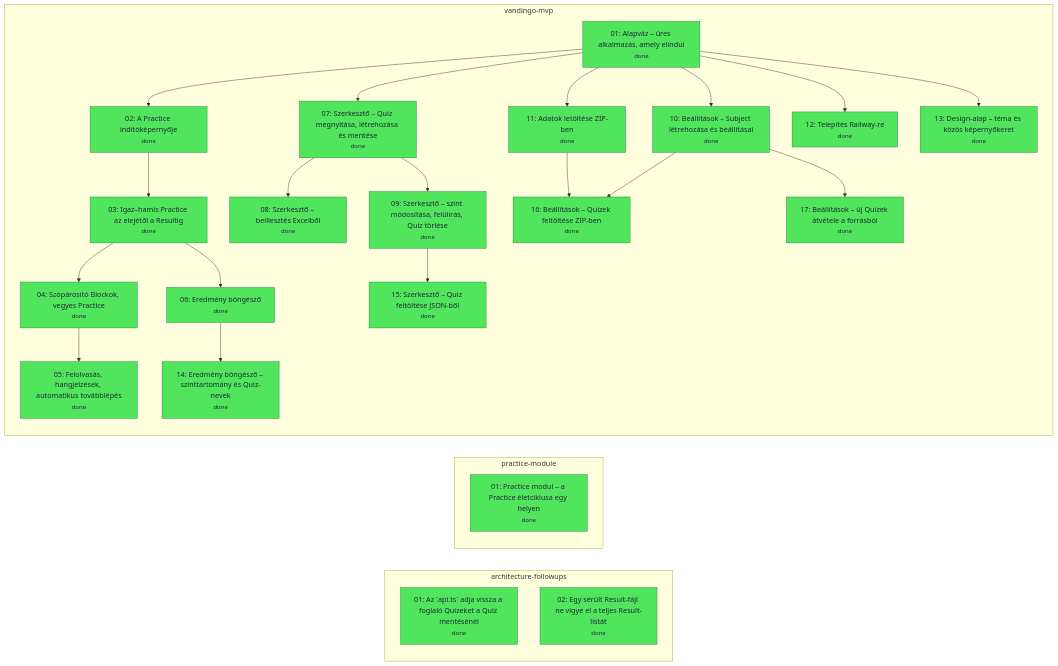
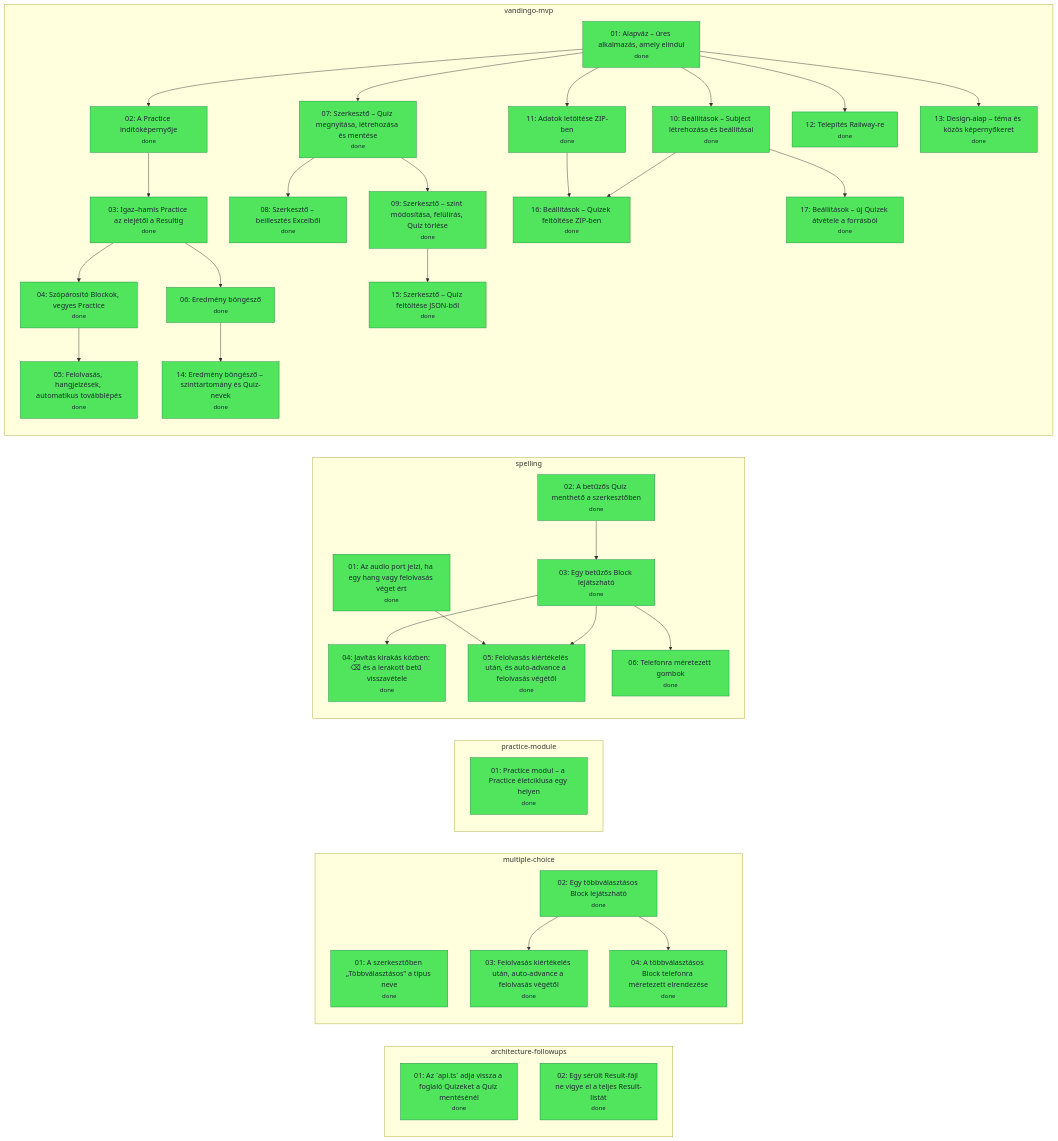
The diagram in .scratch/tickets.mmd (nagyandor76/Vandingo), drawn with Mermaid before and after one commit. The commit also changed 6 other files, not shown here.

```diff
--- a/.scratch/tickets.mmd
+++ b/.scratch/tickets.mmd
@@ -1,50 +1,71 @@
 flowchart LR
   subgraph architecture_followups_feature["architecture-followups"]
     architecture_followups_1["01: Az `api.ts` adja vissza a foglaló Quizeket a Quiz mentésénél<br/><small>done</small>"]:::done
     architecture_followups_2["02: Egy sérült Result-fájl ne vigye el a teljes Result-listát<br/><small>done</small>"]:::done
   end
+  subgraph multiple_choice_feature["multiple-choice"]
+    multiple_choice_1["01: A szerkesztőben „Többválasztásos” a típus neve<br/><small>done</small>"]:::done
+    multiple_choice_2["02: Egy többválasztásos Block lejátszható<br/><small>done</small>"]:::done
+    multiple_choice_3["03: Felolvasás kiértékelés után, auto-advance a felolvasás végétől<br/><small>done</small>"]:::done
+    multiple_choice_4["04: A többválasztásos Block telefonra méretezett elrendezése<br/><small>done</small>"]:::done
+  end
   subgraph practice_module_feature["practice-module"]
     practice_module_1["01: Practice modul – a Practice életciklusa egy helyen<br/><small>done</small>"]:::done
+  end
+  subgraph spelling_feature["spelling"]
+    spelling_1["01: Az audio port jelzi, ha egy hang vagy felolvasás véget ért<br/><small>done</small>"]:::done
+    spelling_2["02: A betűzős Quiz menthető a szerkesztőben<br/><small>done</small>"]:::done
+    spelling_3["03: Egy betűzős Block lejátszható<br/><small>done</small>"]:::done
+    spelling_4["04: Javítás kirakás közben: ⌫ és a lerakott betű visszavétele<br/><small>done</small>"]:::done
+    spelling_5["05: Felolvasás kiértékelés után, és auto-advance a felolvasás végétől<br/><small>done</small>"]:::done
+    spelling_6["06: Telefonra méretezett gombok<br/><small>done</small>"]:::done
   end
   subgraph vandingo_mvp_feature["vandingo-mvp"]
     vandingo_mvp_1["01: Alapváz – üres alkalmazás, amely elindul<br/><small>done</small>"]:::done
     vandingo_mvp_2["02: A Practice indítóképernyője<br/><small>done</small>"]:::done
     vandingo_mvp_3["03: Igaz–hamis Practice az elejétől a Resultig<br/><small>done</small>"]:::done
     vandingo_mvp_4["04: Szópárosító Blockok, vegyes Practice<br/><small>done</small>"]:::done
     vandingo_mvp_5["05: Felolvasás, hangjelzések, automatikus továbblépés<br/><small>done</small>"]:::done
     vandingo_mvp_6["06: Eredmény böngésző<br/><small>done</small>"]:::done
     vandingo_mvp_7["07: Szerkesztő – Quiz megnyitása, létrehozása és mentése<br/><small>done</small>"]:::done
     vandingo_mvp_8["08: Szerkesztő – beillesztés Excelből<br/><small>done</small>"]:::done
     vandingo_mvp_9["09: Szerkesztő – szint módosítása, felülírás, Quiz törlése<br/><small>done</small>"]:::done
     vandingo_mvp_10["10: Beállítások – Subject létrehozása és beállításai<br/><small>done</small>"]:::done
     vandingo_mvp_11["11: Adatok letöltése ZIP-ben<br/><small>done</small>"]:::done
     vandingo_mvp_12["12: Telepítés Railway-re<br/><small>done</small>"]:::done
     vandingo_mvp_13["13: Design-alap – téma és közös képernyőkeret<br/><small>done</small>"]:::done
     vandingo_mvp_14["14: Eredmény böngésző – szinttartomány és Quiz-nevek<br/><small>done</small>"]:::done
     vandingo_mvp_15["15: Szerkesztő – Quiz feltöltése JSON-ből<br/><small>done</small>"]:::done
     vandingo_mvp_16["16: Beállítások – Quizek feltöltése ZIP-ben<br/><small>done</small>"]:::done
     vandingo_mvp_17["17: Beállítások – új Quizek átvétele a forrásból<br/><small>done</small>"]:::done
   end
+  multiple_choice_2 --> multiple_choice_3
+  multiple_choice_2 --> multiple_choice_4
+  spelling_2 --> spelling_3
+  spelling_3 --> spelling_4
+  spelling_1 --> spelling_5
+  spelling_3 --> spelling_5
+  spelling_3 --> spelling_6
   vandingo_mvp_1 --> vandingo_mvp_2
   vandingo_mvp_2 --> vandingo_mvp_3
   vandingo_mvp_3 --> vandingo_mvp_4
   vandingo_mvp_4 --> vandingo_mvp_5
   vandingo_mvp_3 --> vandingo_mvp_6
   vandingo_mvp_1 --> vandingo_mvp_7
   vandingo_mvp_7 --> vandingo_mvp_8
   vandingo_mvp_7 --> vandingo_mvp_9
   vandingo_mvp_1 --> vandingo_mvp_10
   vandingo_mvp_1 --> vandingo_mvp_11
   vandingo_mvp_1 --> vandingo_mvp_12
   vandingo_mvp_1 --> vandingo_mvp_13
   vandingo_mvp_6 --> vandingo_mvp_14
   vandingo_mvp_9 --> vandingo_mvp_15
   vandingo_mvp_10 --> vandingo_mvp_16
   vandingo_mvp_11 --> vandingo_mvp_16
   vandingo_mvp_10 --> vandingo_mvp_17
   classDef done fill:#50e55c,stroke:#1f8a4c,color:#1f2933
   classDef ready_for_agent fill:#e0f2fe,stroke:#0ea5e9,color:#1f2933
   classDef ready_for_human fill:#fef3c7,stroke:#f59e0b,color:#1f2933
   classDef needs_triage fill:#f3f4f6,stroke:#6b7480,color:#1f2933
   classDef needs_info fill:#fbecea,stroke:#c2413b,color:#1f2933
   classDef wontfix fill:#f3f4f6,stroke:#9ca3af,color:#6b7480,stroke-dasharray:4
```
